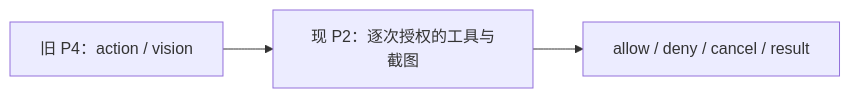
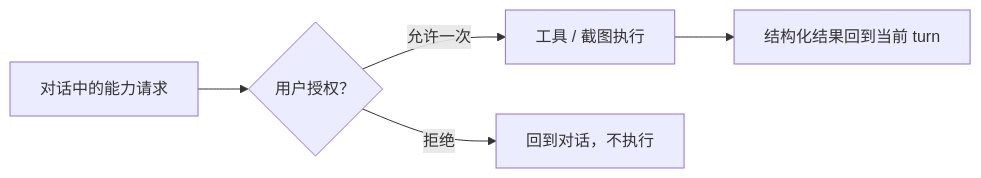
Before and after one commit to Momoyeyu/momo: the diagram in docs/03-phases/p4-capabilities.md, drawn with Mermaid. The commit also changed other lines of this file and 23 other files, not shown here.

````diff
--- a/docs/03-phases/p4-capabilities.md
+++ b/docs/03-phases/p4-capabilities.md
@@ -5,5 +5,7 @@
 ```mermaid
 flowchart LR
-    OLD["旧 P4：action / vision"] --> P2["现 P2：逐次授权的工具与截图"]
-    P2 --> FLOW["allow / deny / cancel / result"]
+    REQUEST["对话中的能力请求"] --> PERMISSION{"用户授权？"}
+    PERMISSION -->|"允许一次"| TOOL["工具 / 截图执行"]
+    PERMISSION -->|"拒绝"| DENY["回到对话，不执行"]
+    TOOL --> RESULT["结构化结果回到当前 turn"]
 ```
````
